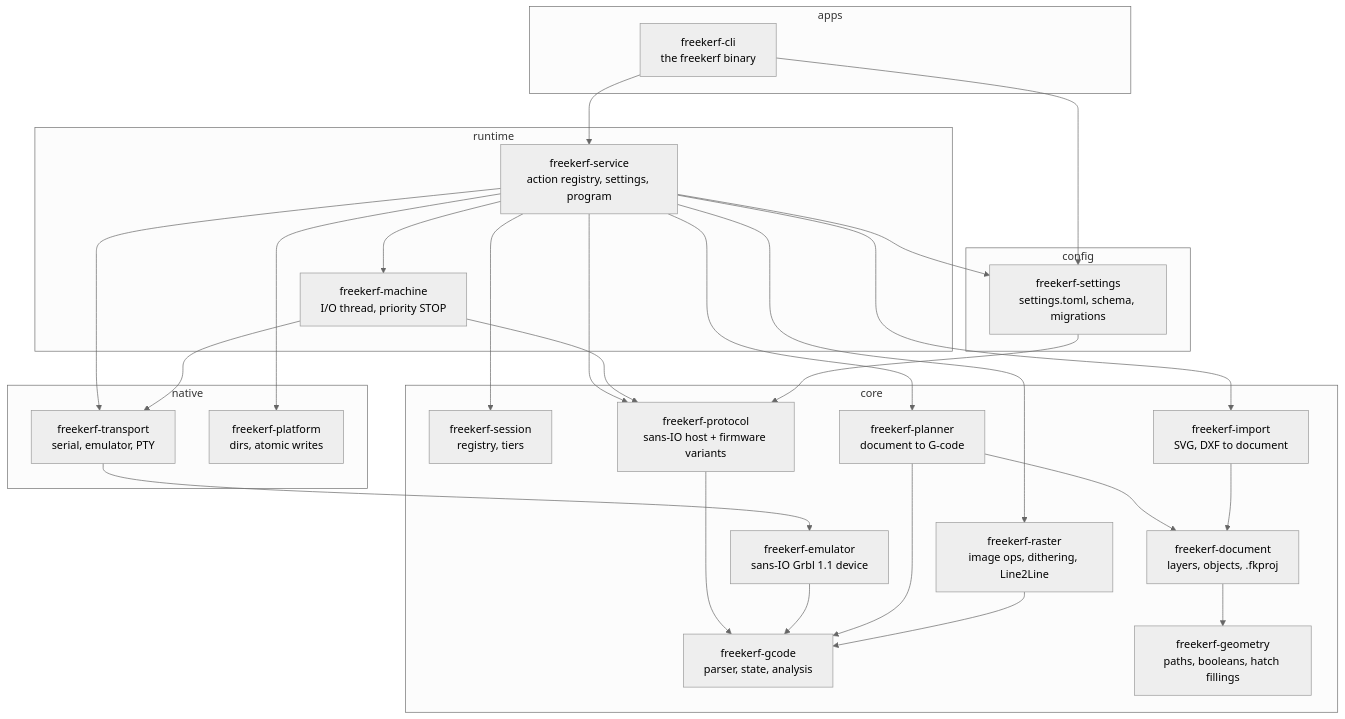
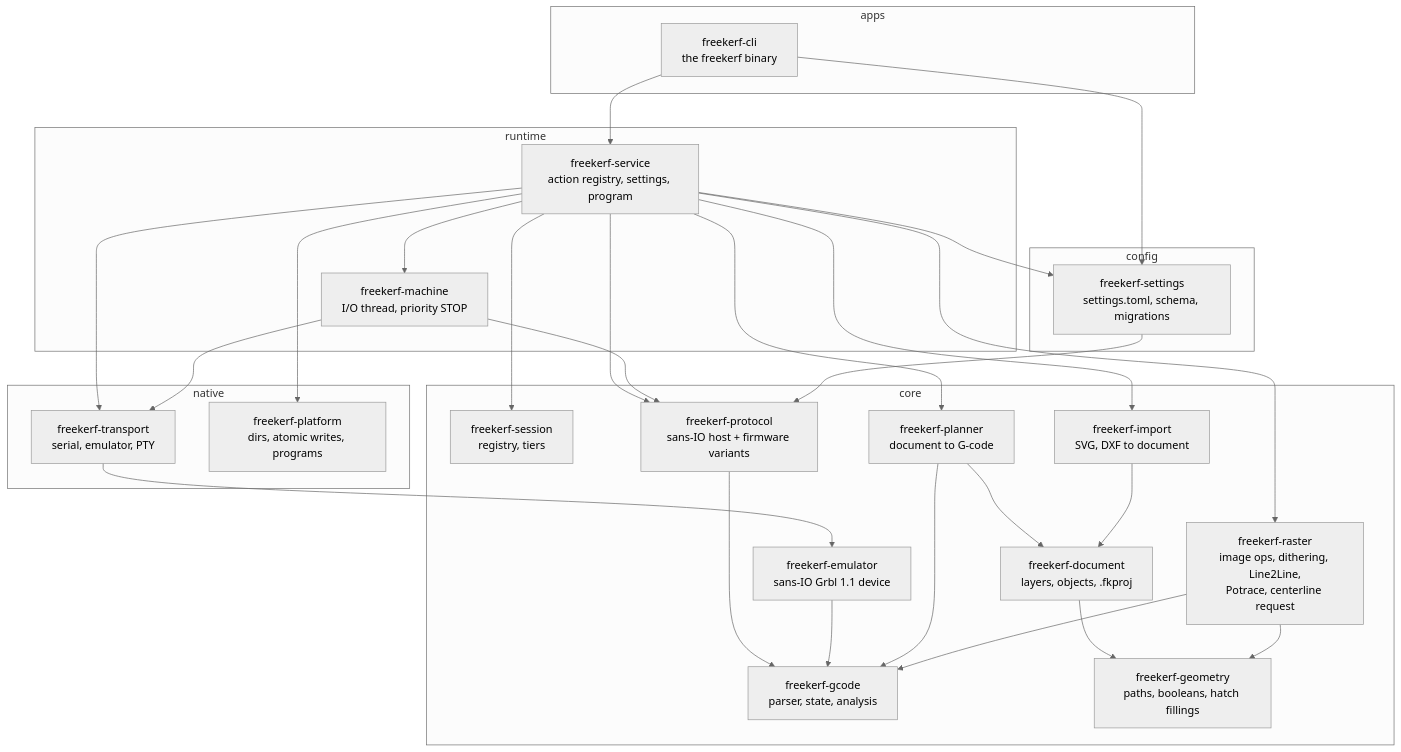
The first of 2 diagrams in doc/architecture.md (bochpsico-lang/freekerf), drawn with Mermaid (neutral theme) before and after one commit. The commit also changed 52 other files, not shown here.

First line of the commit message:
Add vectorization: Potrace and centerline (autotrace)

````diff
--- a/doc/architecture.md
+++ b/doc/architecture.md
@@ -9,50 +9,51 @@
 ```mermaid
 flowchart TB
   subgraph apps
     cli[freekerf-cli<br/>the freekerf binary]
   end
   subgraph runtime
     service[freekerf-service<br/>action registry, settings, program]
     machine[freekerf-machine<br/>I/O thread, priority STOP]
   end
   subgraph native
     transport[freekerf-transport<br/>serial, emulator, PTY]
-    platform[freekerf-platform<br/>dirs, atomic writes]
+    platform[freekerf-platform<br/>dirs, atomic writes, programs]
   end
   subgraph config
     settings[freekerf-settings<br/>settings.toml, schema, migrations]
   end
   subgraph core
     session[freekerf-session<br/>registry, tiers]
     protocol[freekerf-protocol<br/>sans-IO host + firmware variants]
     gcode[freekerf-gcode<br/>parser, state, analysis]
     emulator[freekerf-emulator<br/>sans-IO Grbl 1.1 device]
     geometry[freekerf-geometry<br/>paths, booleans, hatch fillings]
     document[freekerf-document<br/>layers, objects, .fkproj]
     planner[freekerf-planner<br/>document to G-code]
     import[freekerf-import<br/>SVG, DXF to document]
-    raster[freekerf-raster<br/>image ops, dithering, Line2Line]
+    raster[freekerf-raster<br/>image ops, dithering, Line2Line,<br/>Potrace, centerline request]
   end
   cli --> service
   cli --> settings
   service --> machine
   service --> transport
   service --> platform
   service --> settings
   service --> session
   service --> protocol
   machine --> protocol
   machine --> transport
   transport --> emulator
   settings --> protocol
   protocol --> gcode
   emulator --> gcode
   document --> geometry
   planner --> document
   planner --> gcode
   service --> planner
   service --> import
   import --> document
   raster --> gcode
+  raster --> geometry
   service --> raster
 ```
````
